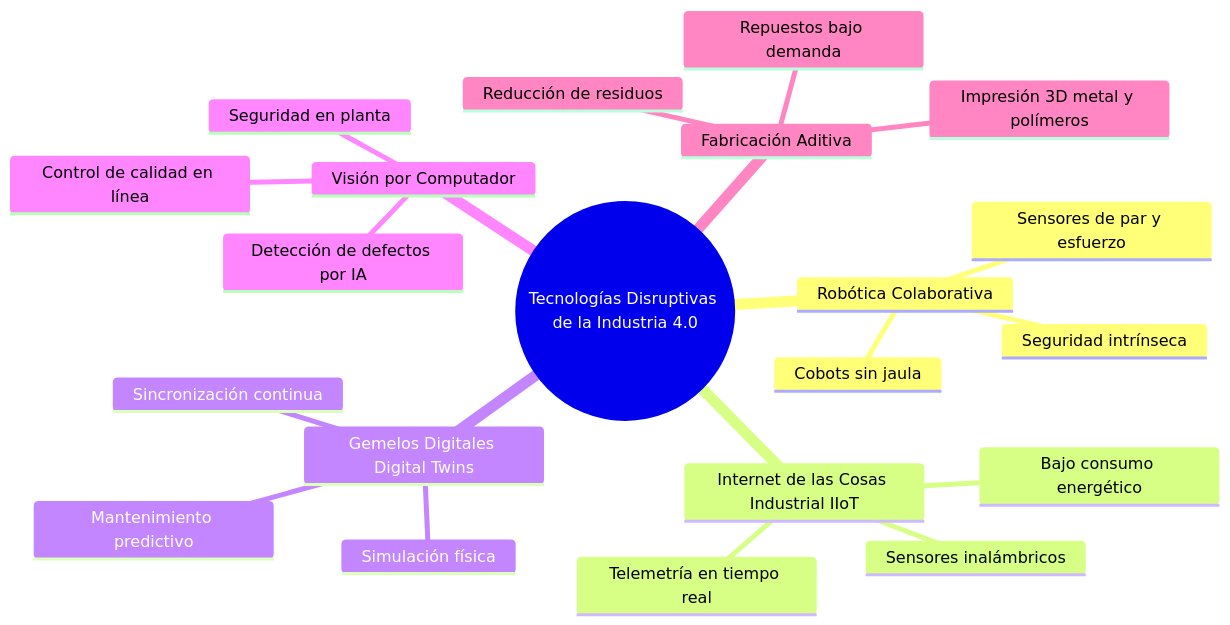
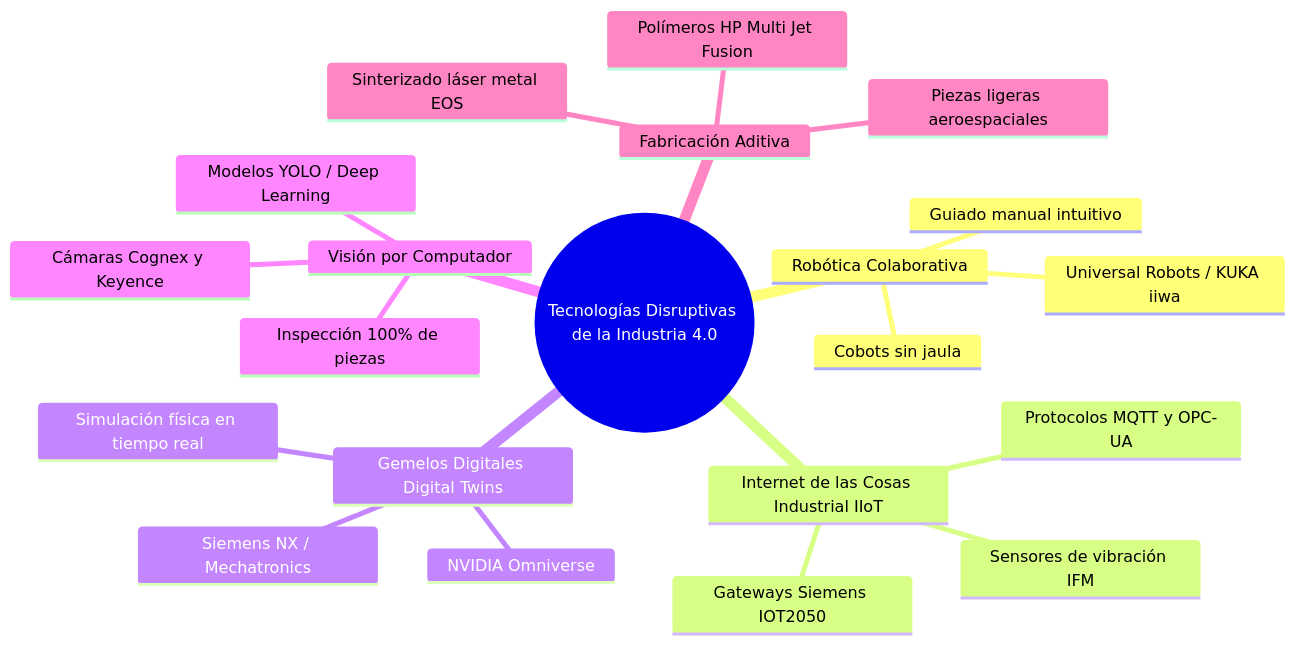
The second of 6 diagrams in docs/temas/01-digitalizacion/02-sistemas-ciberfisicos-tecnologias.md (jssdocente/dasp2627d), drawn with Mermaid before and after one commit. The commit also changed other lines of this file and 2 other files, not shown here.

````diff
--- a/docs/temas/01-digitalizacion/02-sistemas-ciberfisicos-tecnologias.md
+++ b/docs/temas/01-digitalizacion/02-sistemas-ciberfisicos-tecnologias.md
@@ -36,24 +46,24 @@
 ```mermaid
 mindmap
   root((Tecnologías Disruptivas de la Industria 4.0))
     Robótica Colaborativa
       Cobots sin jaula
-      Sensores de par y esfuerzo
-      Seguridad intrínseca
+      Universal Robots / KUKA iiwa
+      Guiado manual intuitivo
     Internet de las Cosas Industrial IIoT
-      Sensores inalámbricos
-      Telemetría en tiempo real
-      Bajo consumo energético
+      Sensores de vibración IFM
+      Gateways Siemens IOT2050
+      Protocolos MQTT y OPC-UA
     Gemelos Digitales Digital Twins
-      Simulación física
-      Mantenimiento predictivo
-      Sincronización continua
+      Siemens NX / Mechatronics
+      NVIDIA Omniverse
+      Simulación física en tiempo real
     Visión por Computador
-      Control de calidad en línea
-      Detección de defectos por IA
-      Seguridad en planta
+      Cámaras Cognex y Keyence
+      Modelos YOLO / Deep Learning
+      Inspección 100% de piezas
     Fabricación Aditiva
-      Impresión 3D metal y polímeros
-      Repuestos bajo demanda
-      Reducción de residuos
+      Sinterizado láser metal EOS
+      Polímeros HP Multi Jet Fusion
+      Piezas ligeras aeroespaciales
 ```
````
